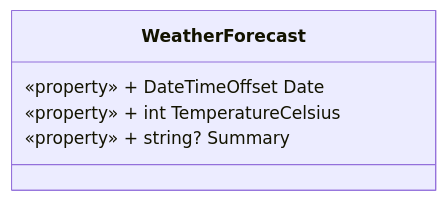
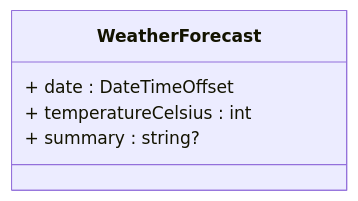
One commit to swop-bs/cheat-sheet changed the second of 2 diagrams in docs/serialisierung/index.md. Above: the diagram before and after it, drawn with Mermaid. The commit also changed other lines of this file and 6 other files, not shown here.

First line of the commit message:
docs: write class diagram members language-neutral

````diff
--- a/docs/serialisierung/index.md
+++ b/docs/serialisierung/index.md
@@ -62,8 +62,8 @@
 ```mermaid
 classDiagram
     class WeatherForecast {
-        «property» + DateTimeOffset Date
-        «property» + int TemperatureCelsius
-        «property» + string? Summary
+        + date : DateTimeOffset
+        + temperatureCelsius : int
+        + summary : string?
     }
 ```
````
